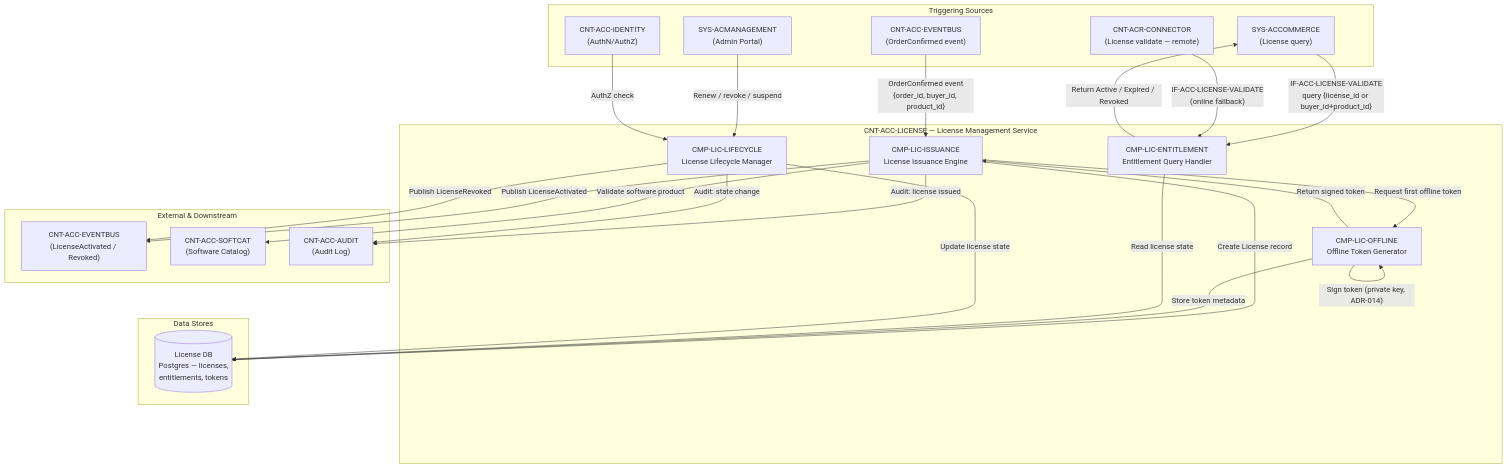
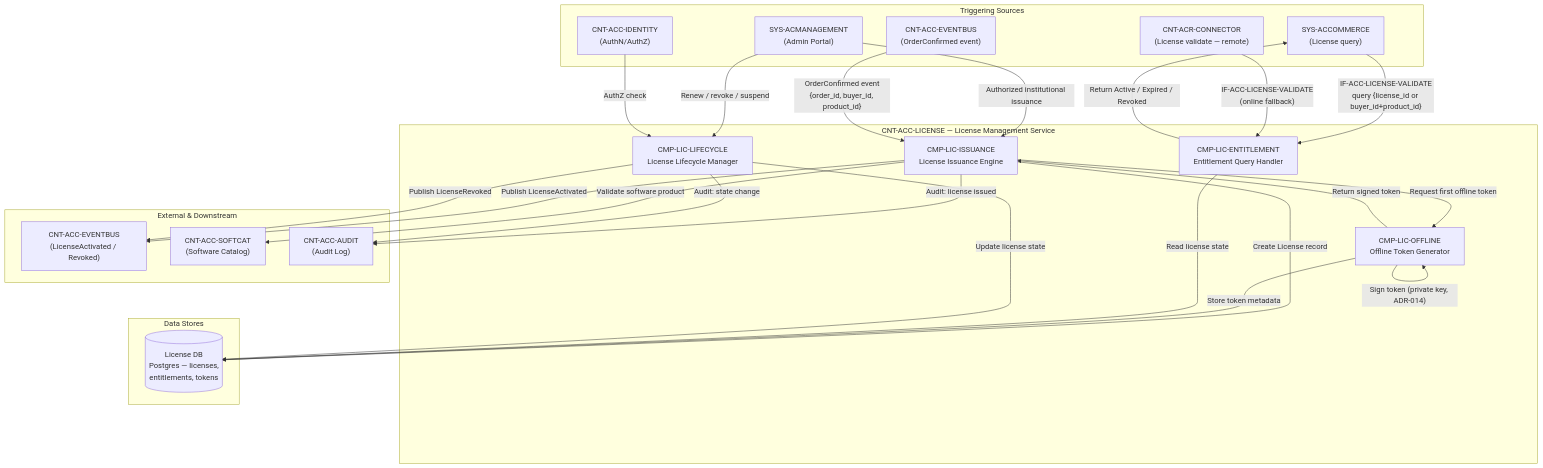
The diagram in acc-architecture/c3-components/CNT-ACC-LICENSE/component-diagram.md (Emran025/accsystem), drawn with Mermaid before and after one commit. The commit also changed other lines of this file and 71 other files, not shown here.

Commit message:
Repair ACC architecture documentation contracts and audits

````diff
--- a/acc-architecture/c3-components/CNT-ACC-LICENSE/component-diagram.md
+++ b/acc-architecture/c3-components/CNT-ACC-LICENSE/component-diagram.md
@@ -11,53 +11,54 @@
 ```mermaid
 flowchart TD
     subgraph Callers["Triggering Sources"]
         EVENTBUS["CNT-ACC-EVENTBUS\n(OrderConfirmed event)"]
         IDENTITY["CNT-ACC-IDENTITY\n(AuthN/AuthZ)"]
         ACMANAGEMENT["SYS-ACMANAGEMENT\n(Admin Portal)"]
         ACCOMMERCE["SYS-ACCOMMERCE\n(License query)"]
         CONNECTOR["CNT-ACR-CONNECTOR\n(License validate — remote)"]
     end
 
     subgraph CNT-ACC-LICENSE["CNT-ACC-LICENSE — License Management Service"]
         ISSUANCE["CMP-LIC-ISSUANCE\nLicense Issuance Engine"]
         ENTITLEMENT["CMP-LIC-ENTITLEMENT\nEntitlement Query Handler"]
         LIFECYCLE["CMP-LIC-LIFECYCLE\nLicense Lifecycle Manager"]
         OFFLINE["CMP-LIC-OFFLINE\nOffline Token Generator"]
     end
 
     subgraph Stores["Data Stores"]
         LICDB[("License DB\nPostgres — licenses,\nentitlements, tokens")]
     end
 
     subgraph External["External & Downstream"]
         EVENTBUS2["CNT-ACC-EVENTBUS\n(LicenseActivated / Revoked)"]
         SOFTCAT["CNT-ACC-SOFTCAT\n(Software Catalog)"]
         AUDIT["CNT-ACC-AUDIT\n(Audit Log)"]
     end
 
-    %% Issuance trigger
+    %% Institutional admin and marketplace issuance triggers
+    ACMANAGEMENT -->|"Authorized institutional issuance"| ISSUANCE
     EVENTBUS -->|"OrderConfirmed event\n{order_id, buyer_id, product_id}"| ISSUANCE
     ISSUANCE -->|"Validate software product"| SOFTCAT
     ISSUANCE -->|"Create License record"| LICDB
     ISSUANCE -->|"Request first offline token"| OFFLINE
     ISSUANCE -->|"Publish LicenseActivated"| EVENTBUS2
     ISSUANCE -->|"Audit: license issued"| AUDIT
 
     %% Offline token generation
     OFFLINE -->|"Sign token (private key, ADR-014)"| OFFLINE
     OFFLINE -->|"Store token metadata"| LICDB
     OFFLINE -->|"Return signed token"| ISSUANCE
 
     %% Entitlement query
     ACCOMMERCE -->|"IF-ACC-LICENSE-VALIDATE\nquery {license_id or buyer_id+product_id}"| ENTITLEMENT
     CONNECTOR -->|"IF-ACC-LICENSE-VALIDATE\n(online fallback)"| ENTITLEMENT
     ENTITLEMENT -->|"Read license state"| LICDB
     ENTITLEMENT -->|"Return Active / Expired / Revoked"| ACCOMMERCE
 
     %% Lifecycle management
     ACMANAGEMENT -->|"Renew / revoke / suspend"| LIFECYCLE
     LIFECYCLE -->|"Update license state"| LICDB
     LIFECYCLE -->|"Publish LicenseRevoked"| EVENTBUS2
     LIFECYCLE -->|"Audit: state change"| AUDIT
     IDENTITY -->|"AuthZ check"| LIFECYCLE
 ```
````
